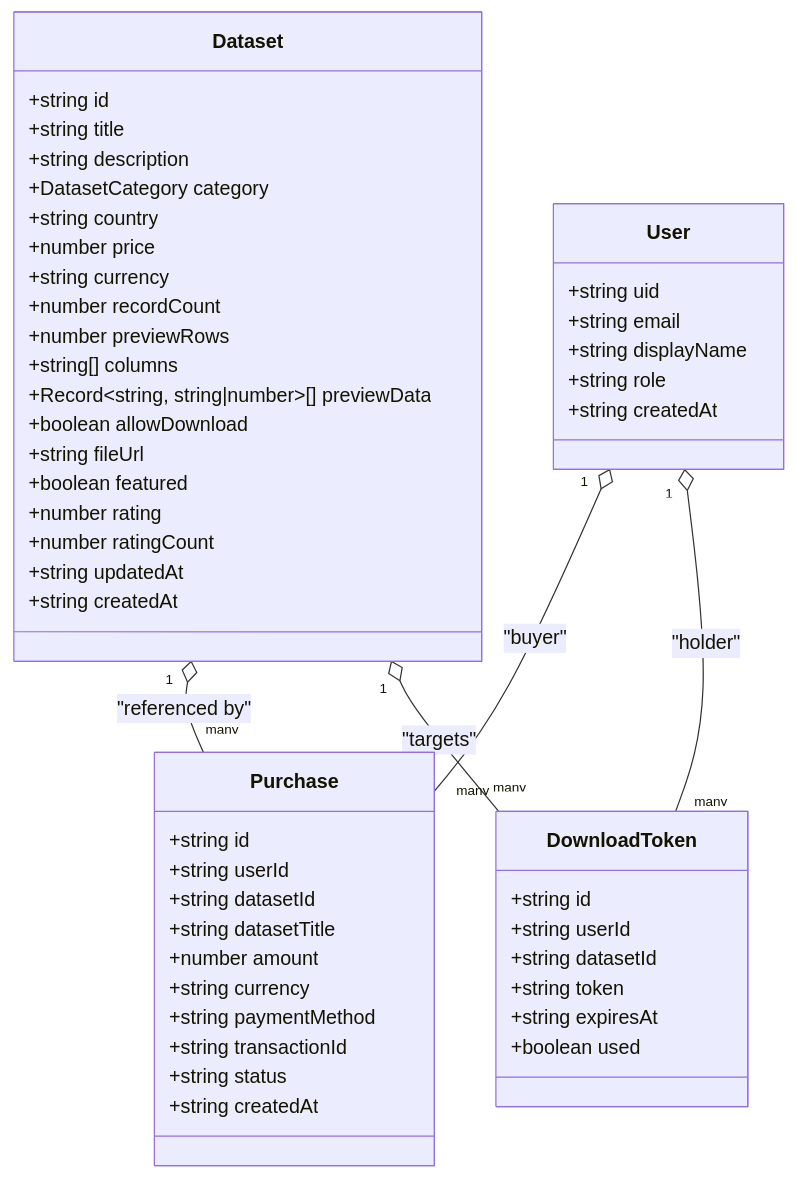
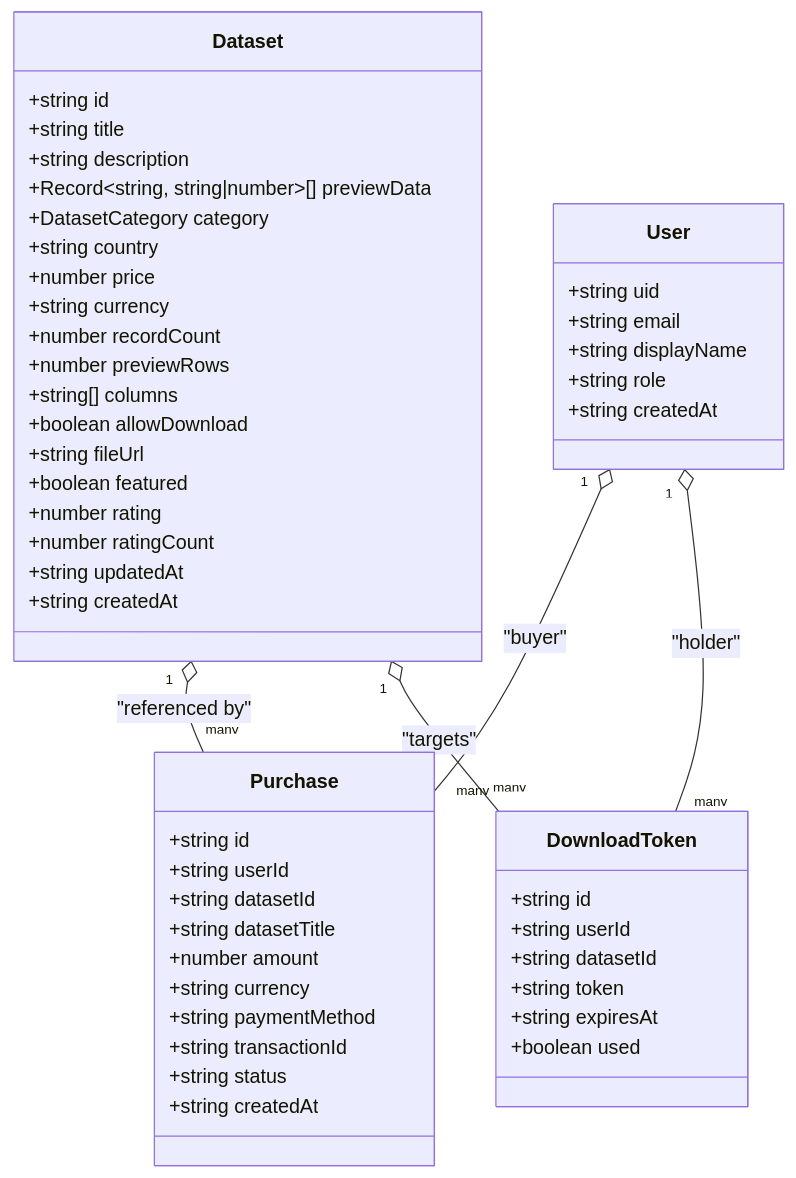
One commit to alikizang/datafrica changed the third of 9 diagrams in .qoder/repowiki/en/content/Dataset Management/Dataset Management.md. Above: the diagram before and after it, drawn with Mermaid. The commit also changed other lines of this file and 21 other files, not shown here.

````diff
--- a/.qoder/repowiki/en/content/Dataset Management/Dataset Management.md
+++ b/.qoder/repowiki/en/content/Dataset Management/Dataset Management.md
@@ -185,54 +201,54 @@
 ```mermaid
 classDiagram
 class Dataset {
 +string id
 +string title
 +string description
++Record~string, string|number~[] previewData
 +DatasetCategory category
 +string country
 +number price
 +string currency
 +number recordCount
 +number previewRows
 +string[] columns
-+Record~string, string|number~[] previewData
 +boolean allowDownload
 +string fileUrl
 +boolean featured
 +number rating
 +number ratingCount
 +string updatedAt
 +string createdAt
 }
 class Purchase {
 +string id
 +string userId
 +string datasetId
 +string datasetTitle
 +number amount
 +string currency
 +string paymentMethod
 +string transactionId
 +string status
 +string createdAt
 }
 class DownloadToken {
 +string id
 +string userId
 +string datasetId
 +string token
 +string expiresAt
 +boolean used
 }
 class User {
 +string uid
 +string email
 +string displayName
 +string role
 +string createdAt
 }
 Dataset "1" o-- "many" Purchase : "referenced by"
 User "1" o-- "many" Purchase : "buyer"
 User "1" o-- "many" DownloadToken : "holder"
 Dataset "1" o-- "many" DownloadToken : "targets"
 ```
````
